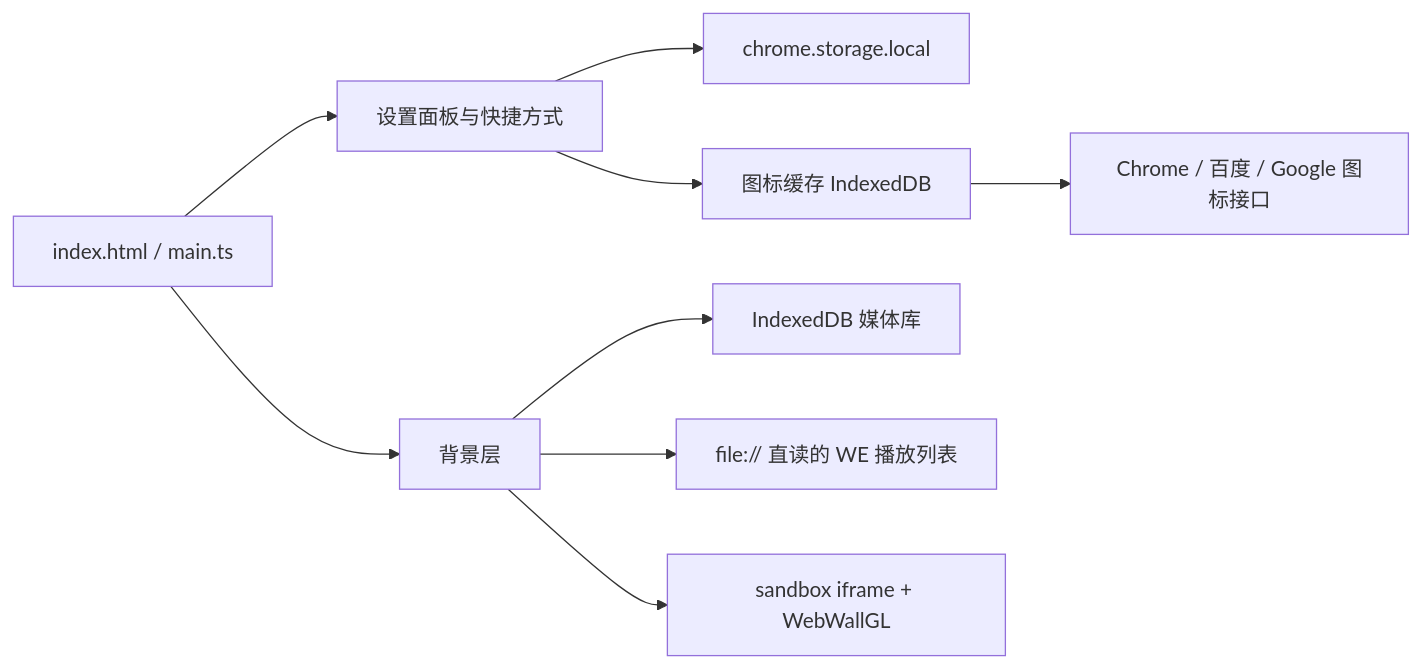
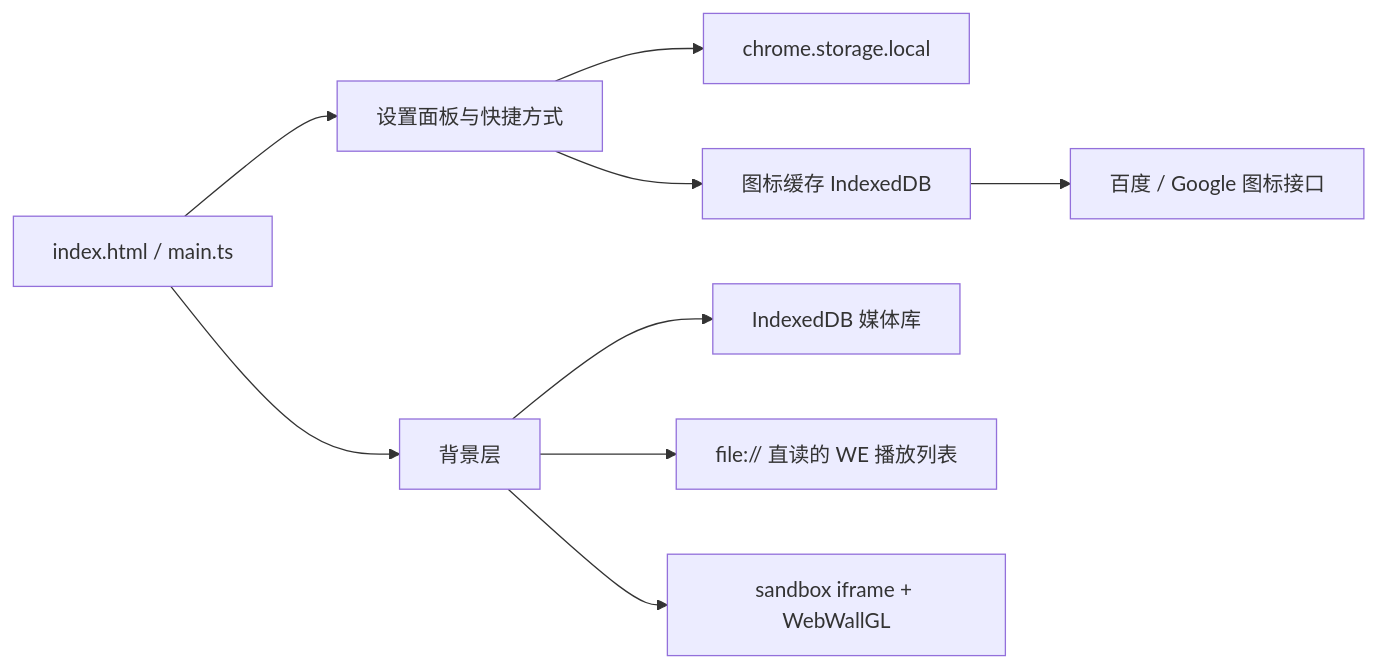
One commit to Alinn0/LocalTap changed the diagram in README.md. Above: the diagram before and after it, drawn with Mermaid. The commit also changed other lines of this file and 12 other files, not shown here.

Commit message:
20261031-加载帧率优化，图标源优化

````diff
--- a/README.md
+++ b/README.md
@@ -57,11 +59,11 @@
 ```mermaid
 flowchart LR
   A[index.html / main.ts] --> B[设置面板与快捷方式]
   A --> C[背景层]
   B --> D[chrome.storage.local]
   C --> E[IndexedDB 媒体库]
   C --> F[file:// 直读的 WE 播放列表]
   C --> G[sandbox iframe + WebWallGL]
   B --> H[图标缓存 IndexedDB]
-  H --> I[Chrome / 百度 / Google 图标接口]
+  H --> I[百度 / Google 图标接口]
 ```
````
